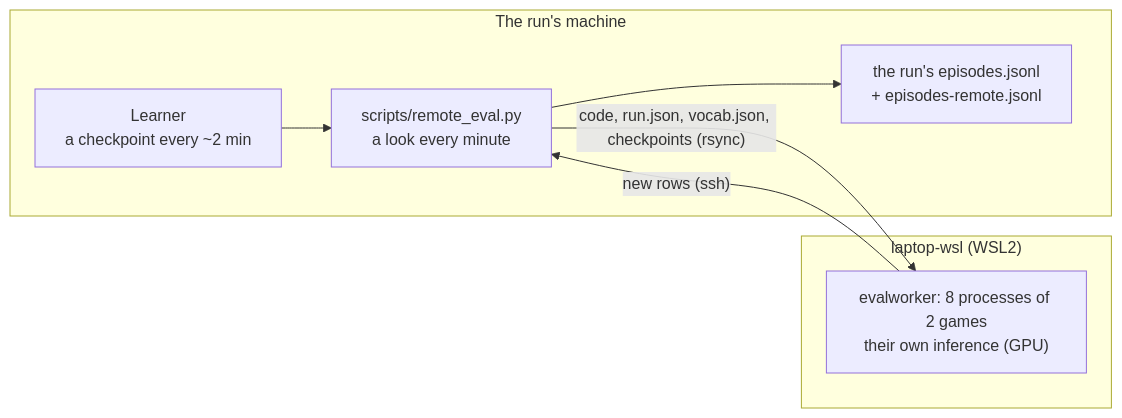
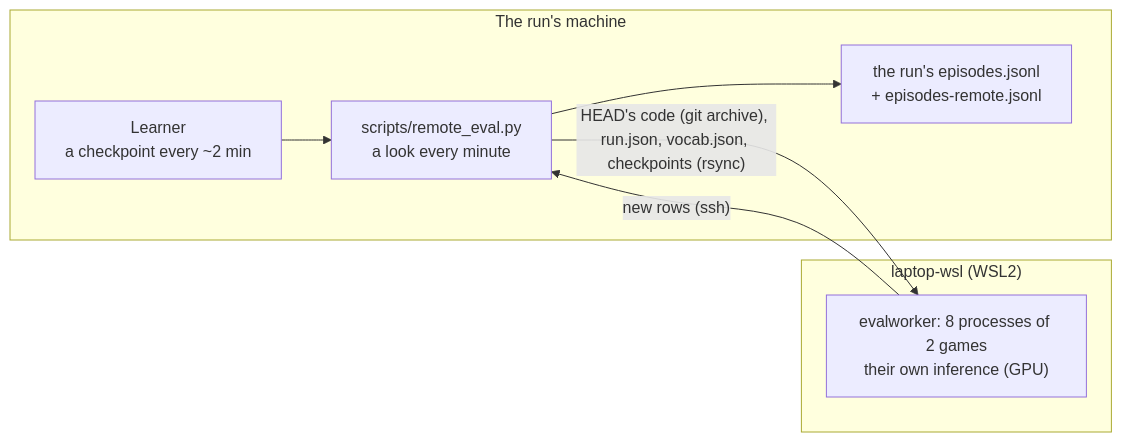
Before and after one commit to RobinKa/warcraftsim: the third of 5 diagrams in docs/architecture.md, drawn with Mermaid. The commit also changed other lines of this file and 17 other files, not shown here.

````diff
--- a/docs/architecture.md
+++ b/docs/architecture.md
@@ -48,15 +48,15 @@
 ```mermaid
 flowchart LR
   subgraph MAIN["The run's machine"]
     L["Learner<br/>a checkpoint every ~2 min"]
     M["scripts/remote_eval.py<br/>a look every minute"]
     E["the run's episodes.jsonl<br/>+ episodes-remote.jsonl"]
   end
   subgraph LAP["laptop-wsl (WSL2)"]
     W["evalworker: 8 processes of 2 games<br/>their own inference (GPU)"]
   end
   L --> M
-  M -- "code, run.json, vocab.json, checkpoints (rsync)" --> W
+  M -- "HEAD's code (git archive), run.json, vocab.json, checkpoints (rsync)" --> W
   W -- "new rows (ssh)" --> M
   M --> E
 ```
````
